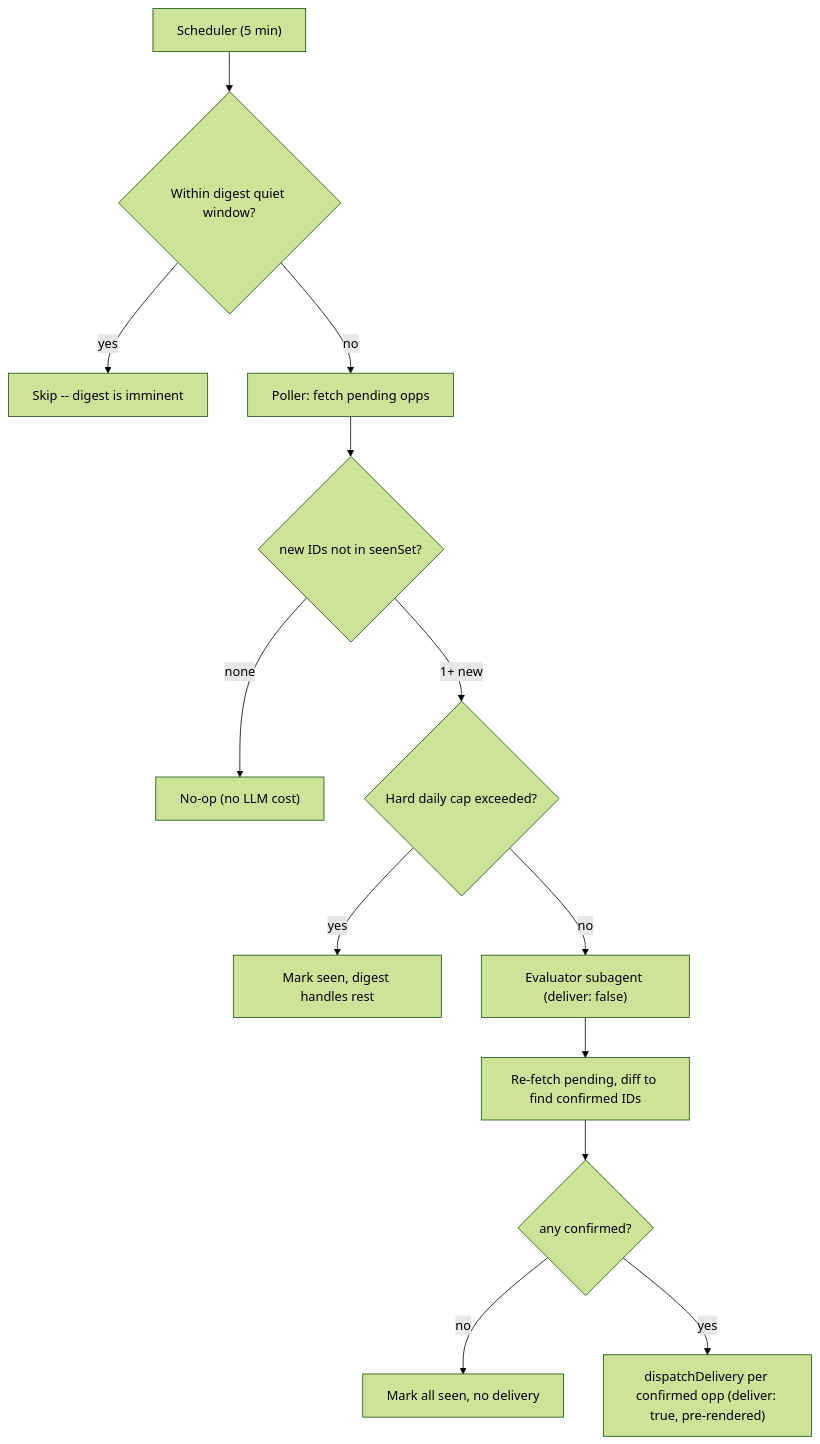
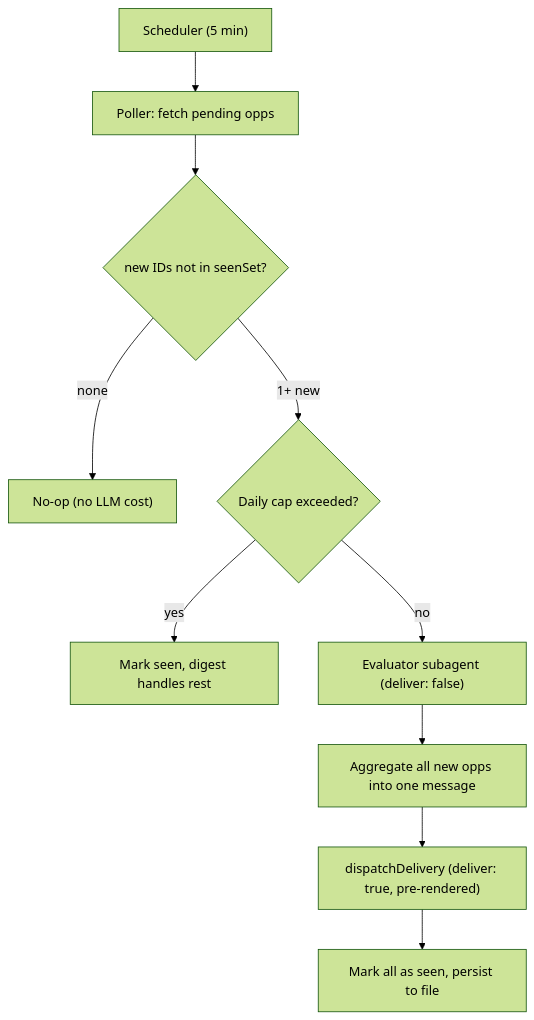
The second of 2 diagrams in docs/superpowers/plans/2026-04-22-ambient-discovery-spam-fix.md (indexnetwork/index), drawn with Mermaid (forest theme) before and after one commit. The commit also changed other lines of this file, not shown here.

First line of the commit message:
docs: simplify plan -- deliver all new opps, no re-fetch

````diff
--- a/docs/superpowers/plans/2026-04-22-ambient-discovery-spam-fix.md
+++ b/docs/superpowers/plans/2026-04-22-ambient-discovery-spam-fix.md
@@ -72,15 +71,12 @@
 ```mermaid
 flowchart TD
-    Sched["Scheduler (5 min)"] --> DigestCheck
-    DigestCheck{"Within digest quiet window?"} -->|"yes"| Skip["Skip -- digest is imminent"]
-    DigestCheck -->|"no"| Poll
+    Sched["Scheduler (5 min)"] --> Poll
     Poll["Poller: fetch pending opps"] --> Diff
     Diff{"new IDs not in seenSet?"} -->|"none"| NoOp["No-op (no LLM cost)"]
     Diff -->|"1+ new"| Cap
-    Cap{"Hard daily cap exceeded?"} -->|"yes"| MarkSeen["Mark seen, digest handles rest"]
+    Cap{"Daily cap exceeded?"} -->|"yes"| MarkSeen["Mark seen, digest handles rest"]
     Cap -->|"no"| Evaluate
-    Evaluate["Evaluator subagent (deliver: false)"] --> Confirmed
-    Confirmed["Re-fetch pending, diff to find confirmed IDs"] --> Any
-    Any{"any confirmed?"} -->|"no"| Done["Mark all seen, no delivery"]
-    Any -->|"yes"| Deliver["dispatchDelivery per confirmed opp (deliver: true, pre-rendered)"]
+    Evaluate["Evaluator subagent (deliver: false)"] --> Deliver
+    Deliver["Aggregate all new opps into one message"] --> Dispatch["dispatchDelivery (deliver: true, pre-rendered)"]
+    Dispatch --> Mark["Mark all as seen, persist to file"]
 ```
````
